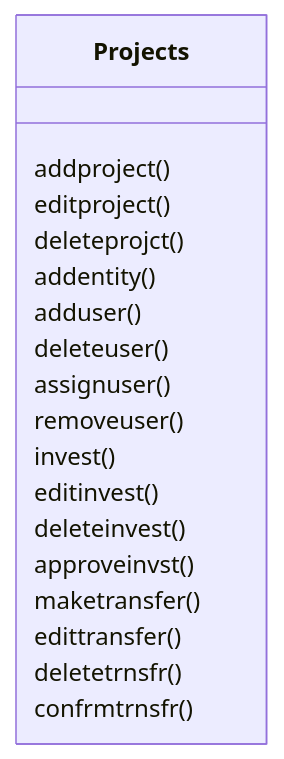
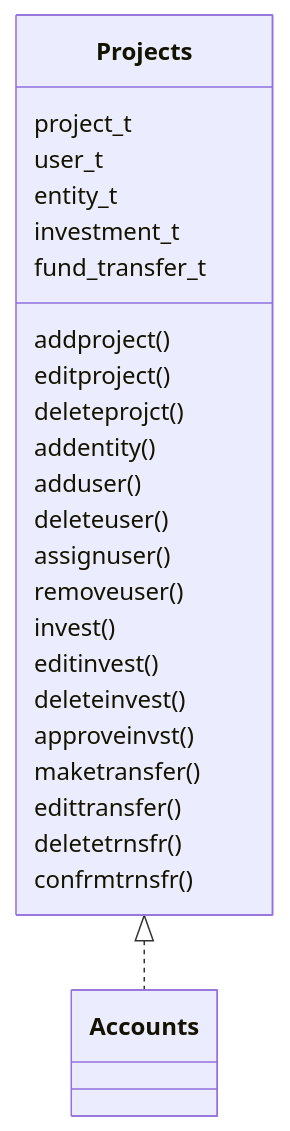
The diagram in include/README.md (hashed-io/proxy-financial-smart-contracts), drawn with Mermaid before and after one commit. The commit also changed other lines of this file, not shown here.

````diff
--- a/include/README.md
+++ b/include/README.md
@@ -5,19 +5,25 @@
 ```mermaid
   classDiagram
+  Projects <|.. Accounts
+  Projects : project_t
+  Projects : user_t
+  Projects : entity_t
+  Projects : investment_t
+  Projects : fund_transfer_t
   Projects : addproject()
   Projects : editproject()
   Projects : deleteprojct()
   Projects : addentity()
   Projects : adduser() 
   Projects : deleteuser()
   Projects : assignuser()
   Projects : removeuser()
   Projects : invest()
   Projects : editinvest()
   Projects : deleteinvest()
   Projects : approveinvst()
   Projects : maketransfer()
   Projects : edittransfer()
   Projects : deletetrnsfr()
   Projects : confrmtrnsfr()
 ```
````
